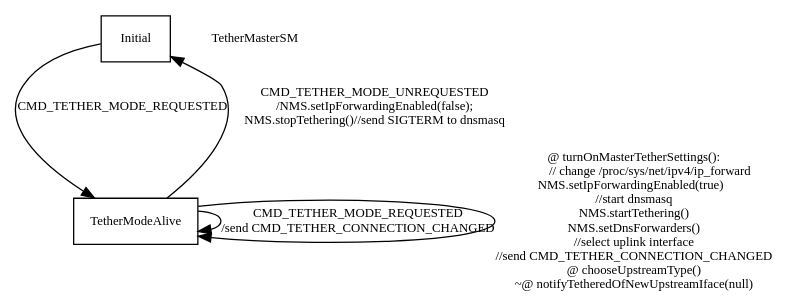
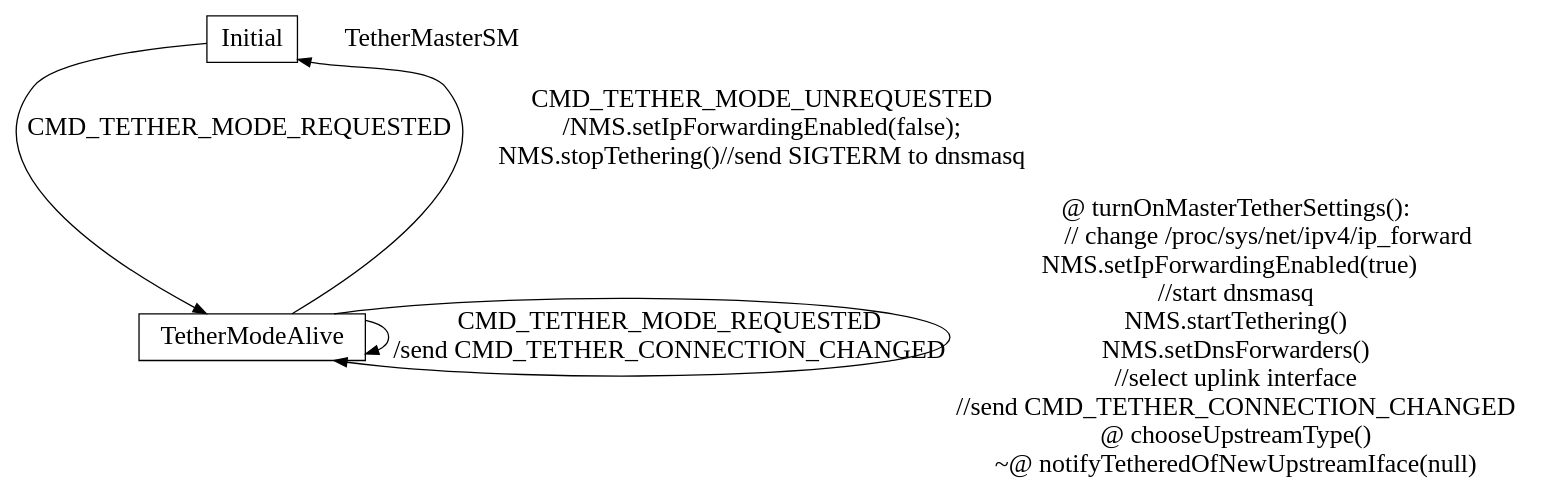
The diagram in SM_TetherMaster.dot (greatgauss/graphviz_script), drawn with Graphviz before and after one commit. The commit also changed 69 other files, not shown here.

```diff
--- a/SM_TetherMaster.dot
+++ b/SM_TetherMaster.dot
@@ -1,14 +1,14 @@
 
 
 digraph TetherMasterSM{
-	size = "8.5, 11";
+//	size = "8.5, 11";
 	fontname = "Microsoft YaHei";
 	fontsize = 15;
-	node [shape = record, fontname = "Microsoft YaHei", fontsize = 10];
-	edge [fontname = "Microsoft YaHei", fontsize = 10];
+	node [shape = record, fontname = "Microsoft YaHei", fontsize = 20];
+	edge [fontname = "Microsoft YaHei", fontsize = 20];
 	Initial -> TetherModeAlive [ label = "CMD_TETHER_MODE_REQUESTED" ];
 	TetherModeAlive -> TetherModeAlive [ label = " CMD_TETHER_MODE_REQUESTED \n /send CMD_TETHER_CONNECTION_CHANGED" ];
 	TetherModeAlive -> TetherModeAlive [ label = " @ turnOnMasterTetherSettings(): \n           // change /proc/sys/net/ipv4/ip_forward \n NMS.setIpForwardingEnabled(true)  \n //start dnsmasq \n NMS.startTethering() \n NMS.setDnsForwarders() \n //select uplink interface \n //send CMD_TETHER_CONNECTION_CHANGED\n @ chooseUpstreamType() \n ~@ notifyTetheredOfNewUpstreamIface(null)" ];
 	TetherModeAlive -> Initial[ label = " CMD_TETHER_MODE_UNREQUESTED \n /NMS.setIpForwardingEnabled(false);\n NMS.stopTethering()//send SIGTERM to dnsmasq" ];
 	"TetherMasterSM" [ shape = plaintext ];
 }
```
